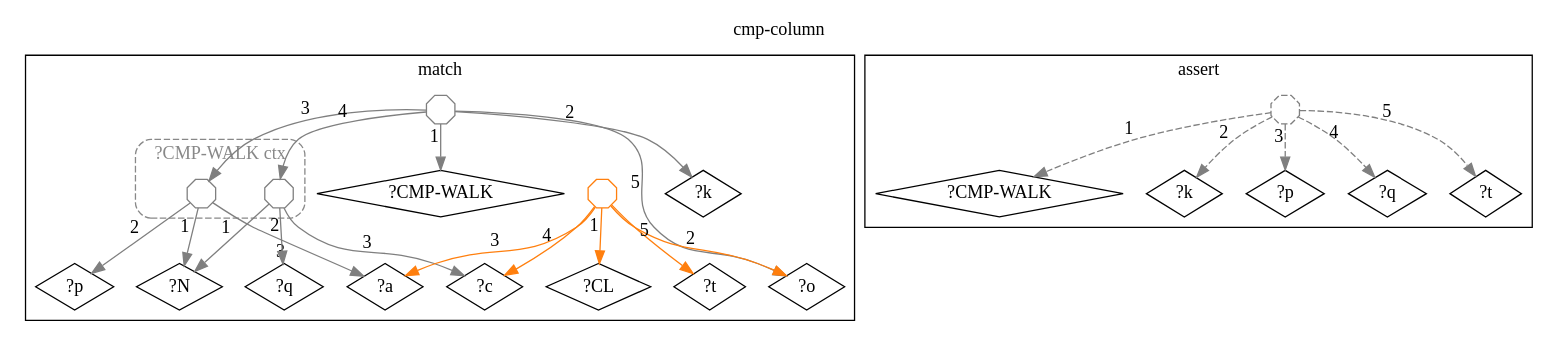
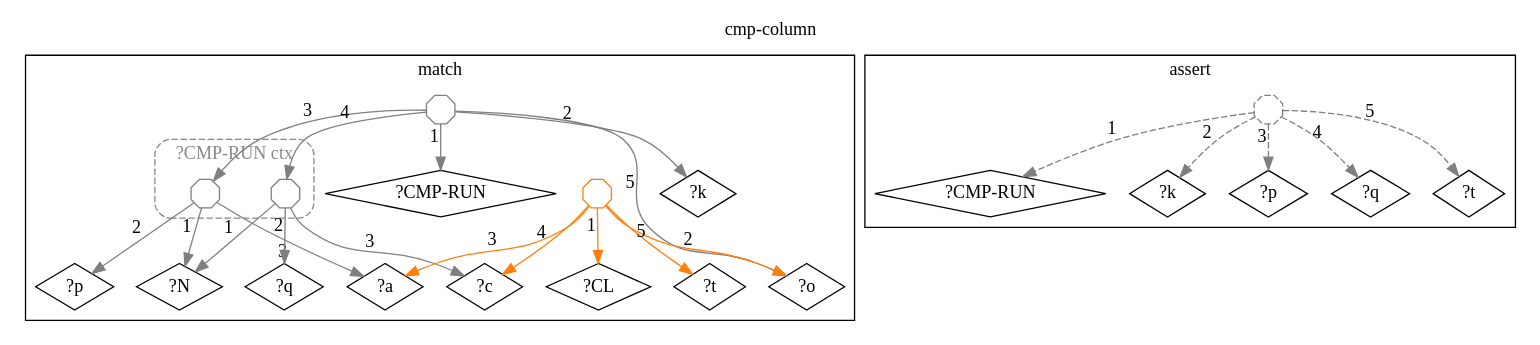
The diagram in docs/ein/user/04-reference/04-stdlib/diagrams/10-std.math.positional.cmp-column.dot (agutikov/ein), drawn with Graphviz before and after one commit. The commit also changed 347 other files, not shown here.

```diff
--- a/docs/ein/user/04-reference/04-stdlib/diagrams/10-std.math.positional.cmp-column.dot
+++ b/docs/ein/user/04-reference/04-stdlib/diagrams/10-std.math.positional.cmp-column.dot
@@ -1,52 +1,52 @@
 digraph rule_cmp_column_lhs_rhs {
   rankdir=TB;
   label="cmp-column"; labelloc=t;
   subgraph cluster_lhs { label="match";
-    "?CMP-WALK_L" [label="?CMP-WALK", shape=diamond];
+    "?CMP-RUN_L" [label="?CMP-RUN", shape=diamond];
     "?k_L" [label="?k", shape=diamond];
     "?N_L" [label="?N", shape=diamond];
     "?p_L" [label="?p", shape=diamond];
     "?a_L" [label="?a", shape=diamond];
     "?q_L" [label="?q", shape=diamond];
     "?c_L" [label="?c", shape=diamond];
     "?o_L" [label="?o", shape=diamond];
     "?CL_L" [label="?CL", shape=diamond];
     "?t_L" [label="?t", shape=diamond];
     subgraph cluster_ctx_L_0 {
-      label="?CMP-WALK ctx"; style="dashed,rounded"; color="#888888"; fontcolor="#888888";
+      label="?CMP-RUN ctx"; style="dashed,rounded"; color="#888888"; fontcolor="#888888";
       "(?N ?p ?a)_L" [shape=octagon, label="", width=0.3, height=0.3, fixedsize=true, color="#7f7f7f"];
       "(?N ?q ?c)_L" [shape=octagon, label="", width=0.3, height=0.3, fixedsize=true, color="#7f7f7f"];
     }
-    "h1_CMP-WALK_L" [shape=octagon, label="", width=0.3, height=0.3, fixedsize=true, color="#7f7f7f"];
-    "h1_CMP-WALK_L" -> "?CMP-WALK_L" [xlabel="1", color="#7f7f7f"];
-    "h1_CMP-WALK_L" -> "?k_L" [xlabel="2", color="#7f7f7f"];
-    "h1_CMP-WALK_L" -> "(?N ?p ?a)_L" [xlabel="3", color="#7f7f7f"];
-    "h1_CMP-WALK_L" -> "(?N ?q ?c)_L" [xlabel="4", color="#7f7f7f"];
-    "h1_CMP-WALK_L" -> "?o_L" [xlabel="5", color="#7f7f7f"];
+    "h1_CMP-RUN_L" [shape=octagon, label="", width=0.3, height=0.3, fixedsize=true, color="#7f7f7f"];
+    "h1_CMP-RUN_L" -> "?CMP-RUN_L" [xlabel="1", color="#7f7f7f"];
+    "h1_CMP-RUN_L" -> "?k_L" [xlabel="2", color="#7f7f7f"];
+    "h1_CMP-RUN_L" -> "(?N ?p ?a)_L" [xlabel="3", color="#7f7f7f"];
+    "h1_CMP-RUN_L" -> "(?N ?q ?c)_L" [xlabel="4", color="#7f7f7f"];
+    "h1_CMP-RUN_L" -> "?o_L" [xlabel="5", color="#7f7f7f"];
     "h2_CL_L" [shape=octagon, label="", width=0.3, height=0.3, fixedsize=true, color="#ff7f0e"];
     "h2_CL_L" -> "?CL_L" [xlabel="1", color="#ff7f0e"];
     "h2_CL_L" -> "?o_L" [xlabel="2", color="#ff7f0e"];
     "h2_CL_L" -> "?a_L" [xlabel="3", color="#ff7f0e"];
     "h2_CL_L" -> "?c_L" [xlabel="4", color="#ff7f0e"];
     "h2_CL_L" -> "?t_L" [xlabel="5", color="#ff7f0e"];
     "(?N ?p ?a)_L" -> "?N_L" [xlabel="1", color="#7f7f7f"];
     "(?N ?p ?a)_L" -> "?p_L" [xlabel="2", color="#7f7f7f"];
     "(?N ?p ?a)_L" -> "?a_L" [xlabel="3", color="#7f7f7f"];
     "(?N ?q ?c)_L" -> "?N_L" [xlabel="1", color="#7f7f7f"];
     "(?N ?q ?c)_L" -> "?q_L" [xlabel="2", color="#7f7f7f"];
     "(?N ?q ?c)_L" -> "?c_L" [xlabel="3", color="#7f7f7f"];
   }
   subgraph cluster_rhs { label="assert";
-    "?CMP-WALK_R" [label="?CMP-WALK", shape=diamond];
+    "?CMP-RUN_R" [label="?CMP-RUN", shape=diamond];
     "?k_R" [label="?k", shape=diamond];
     "?p_R" [label="?p", shape=diamond];
     "?q_R" [label="?q", shape=diamond];
     "?t_R" [label="?t", shape=diamond];
-    "h3_CMP-WALK_R" [shape=octagon, label="", width=0.3, height=0.3, fixedsize=true, color="#7f7f7f", style=dashed];
-    "h3_CMP-WALK_R" -> "?CMP-WALK_R" [xlabel="1", color="#7f7f7f", style=dashed];
-    "h3_CMP-WALK_R" -> "?k_R" [xlabel="2", color="#7f7f7f", style=dashed];
-    "h3_CMP-WALK_R" -> "?p_R" [xlabel="3", color="#7f7f7f", style=dashed];
-    "h3_CMP-WALK_R" -> "?q_R" [xlabel="4", color="#7f7f7f", style=dashed];
-    "h3_CMP-WALK_R" -> "?t_R" [xlabel="5", color="#7f7f7f", style=dashed];
+    "h3_CMP-RUN_R" [shape=octagon, label="", width=0.3, height=0.3, fixedsize=true, color="#7f7f7f", style=dashed];
+    "h3_CMP-RUN_R" -> "?CMP-RUN_R" [xlabel="1", color="#7f7f7f", style=dashed];
+    "h3_CMP-RUN_R" -> "?k_R" [xlabel="2", color="#7f7f7f", style=dashed];
+    "h3_CMP-RUN_R" -> "?p_R" [xlabel="3", color="#7f7f7f", style=dashed];
+    "h3_CMP-RUN_R" -> "?q_R" [xlabel="4", color="#7f7f7f", style=dashed];
+    "h3_CMP-RUN_R" -> "?t_R" [xlabel="5", color="#7f7f7f", style=dashed];
   }
 }
```
